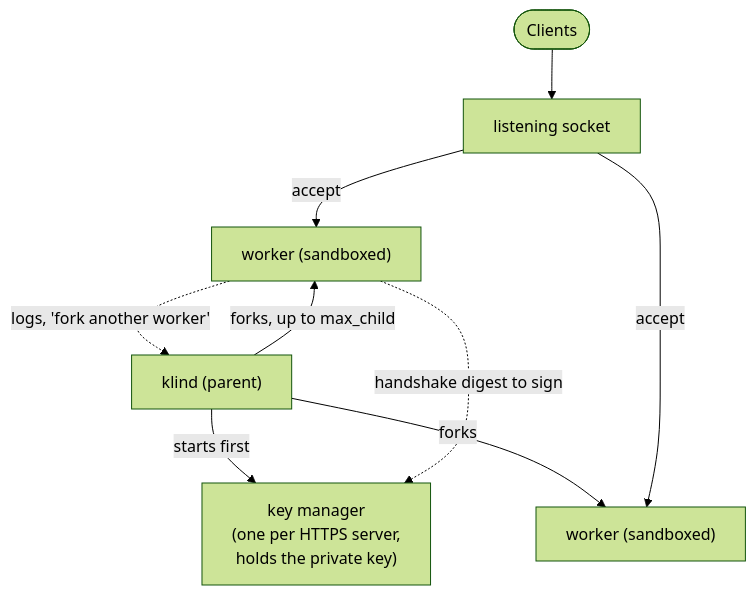
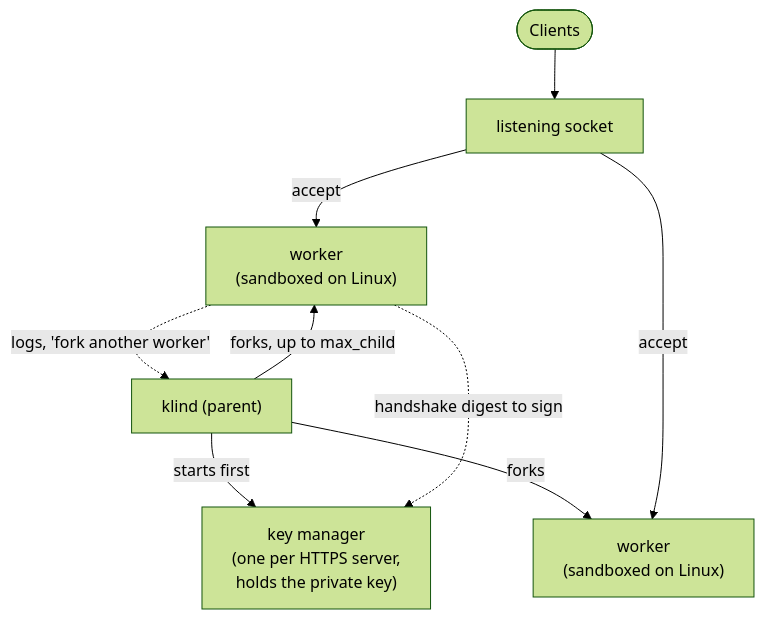
Before and after one commit to DanielTillett/klin: the second of 3 diagrams in README.md, drawn with Mermaid (forest theme). The commit also changed other lines of this file and 20 other files, not shown here.

````diff
--- a/README.md
+++ b/README.md
@@ -134,11 +180,11 @@
 ```mermaid
 flowchart TD
   client(["Clients"]) --> sock["listening socket"]
   parent["klind (parent)"] -->|"starts first"| km["key manager<br/>(one per HTTPS server,<br/>holds the private key)"]
-  parent -->|"forks, up to max_child"| w1["worker (sandboxed)"]
-  parent -->|"forks"| w2["worker (sandboxed)"]
+  parent -->|"forks, up to max_child"| w1["worker<br/>(sandboxed on Linux)"]
+  parent -->|"forks"| w2["worker<br/>(sandboxed on Linux)"]
   sock -->|"accept"| w1
   sock -->|"accept"| w2
   w1 -.->|"logs, 'fork another worker'"| parent
   w1 -.->|"handshake digest to sign"| km
 ```
````
